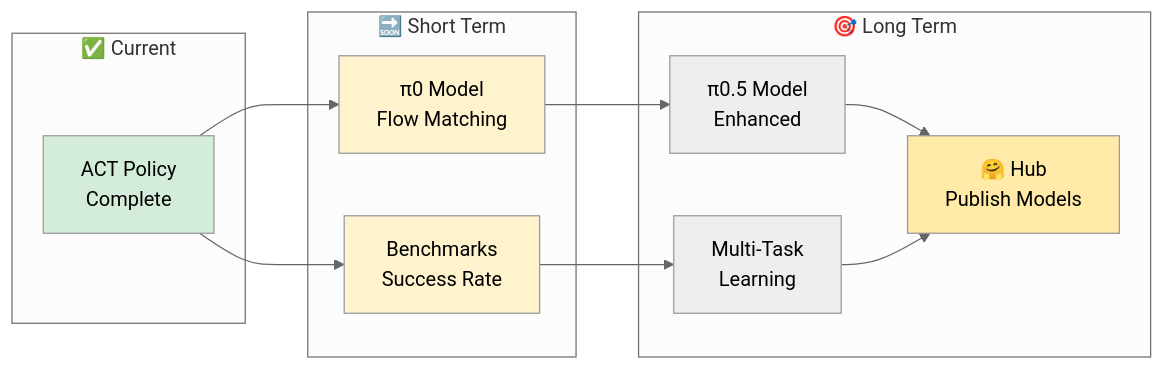
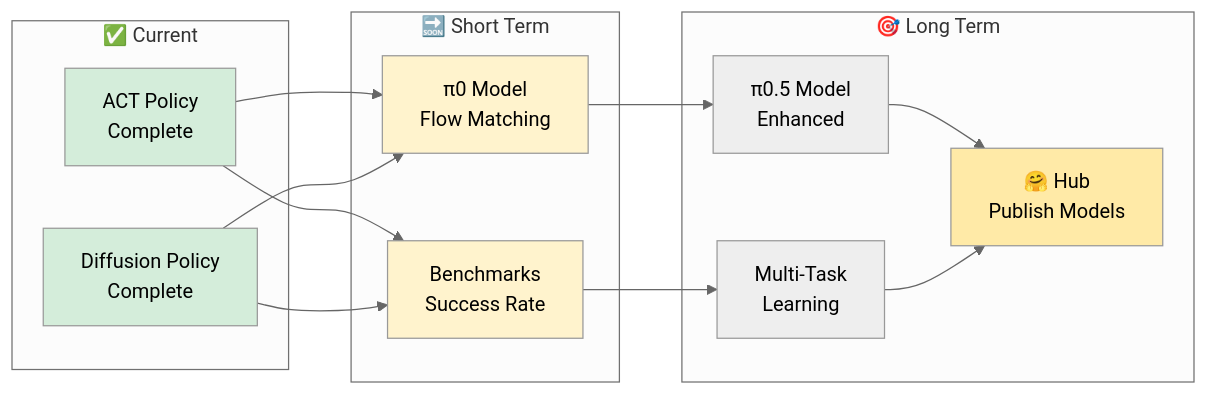
One commit to nu-jliu/nu-jliu.github.io changed diagram 12 of 13 in _posts/2025-12-18-allen-vla.md. Above: the diagram before and after it, drawn with Mermaid (neutral theme). The commit also changed other lines of this file and 2 other files, not shown here.

Commit message:
diffusion policy

````diff
--- a/_posts/2025-12-18-allen-vla.md
+++ b/_posts/2025-12-18-allen-vla.md
@@ -785,29 +861,33 @@
 ```mermaid
 graph LR
     subgraph Current["✅ Current"]
         ACT_DONE["ACT Policy<br/>Complete"]
+        DIFF_DONE["Diffusion Policy<br/>Complete"]
     end
 
     subgraph ShortTerm["🔜 Short Term"]
         PI0["π0 Model<br/>Flow Matching"]
         BENCH["Benchmarks<br/>Success Rate"]
     end
 
     subgraph LongTerm["🎯 Long Term"]
         PI05["π0.5 Model<br/>Enhanced"]
         MULTI["Multi-Task<br/>Learning"]
         SHARE["🤗 Hub<br/>Publish Models"]
     end
 
     ACT_DONE --> PI0
+    DIFF_DONE --> PI0
     ACT_DONE --> BENCH
+    DIFF_DONE --> BENCH
     PI0 --> PI05
     BENCH --> MULTI
     PI05 --> SHARE
     MULTI --> SHARE
 
     style ACT_DONE fill:#d4edda
+    style DIFF_DONE fill:#d4edda
     style PI0 fill:#fff3cd
     style BENCH fill:#fff3cd
     style SHARE fill:#ffeaa7
 ```
````
